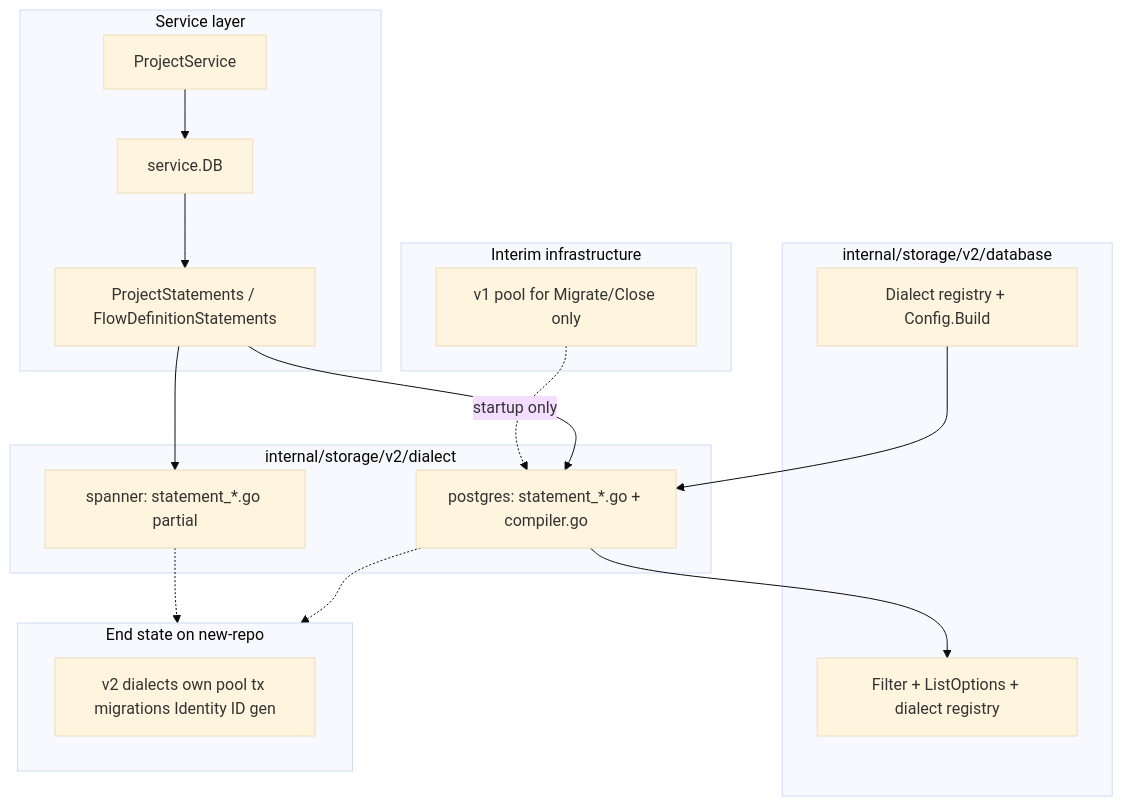
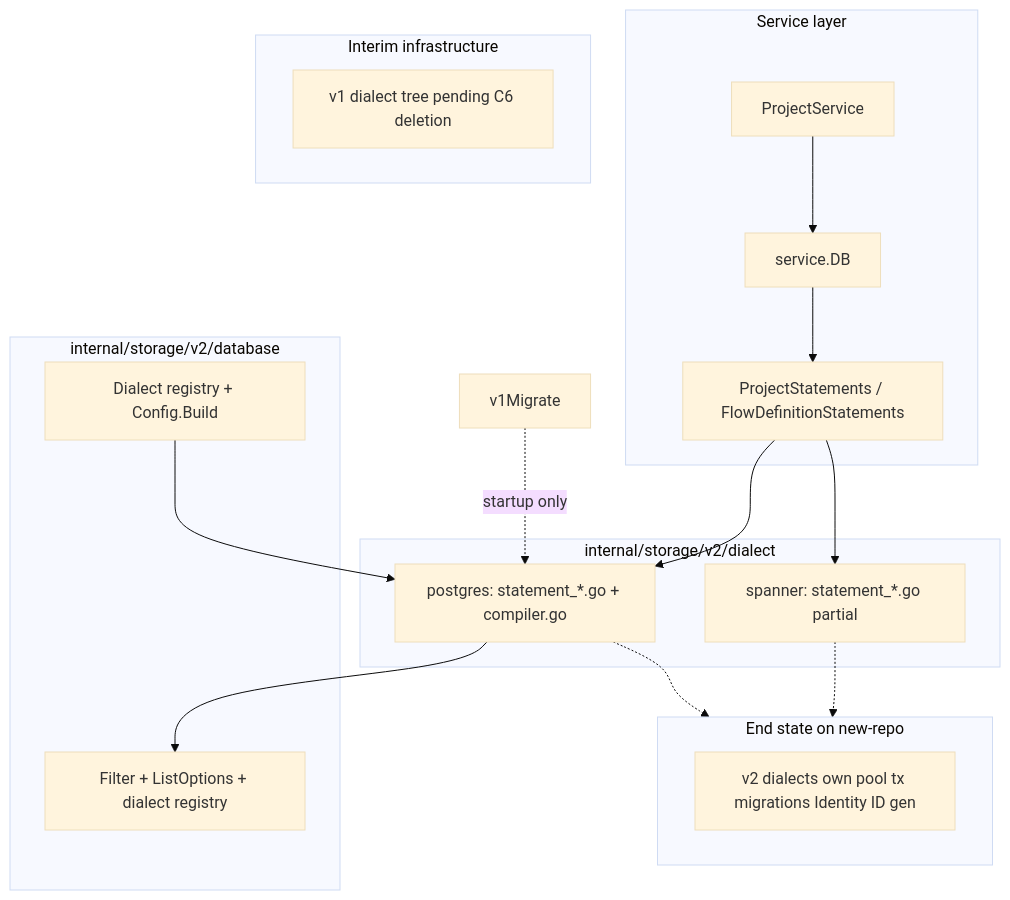
Before and after one commit to zitadel/nextgen: the first of 2 diagrams in docs/adrs/028-storage-v2-statements-and-dialects.md, drawn with Mermaid (base theme). The commit also changed other lines of this file and 5 other files, not shown here.

````diff
--- a/docs/adrs/028-storage-v2-statements-and-dialects.md
+++ b/docs/adrs/028-storage-v2-statements-and-dialects.md
@@ -121,32 +120,32 @@
 ```mermaid
 flowchart TB
     subgraph serviceLayer [Service layer]
         ProjectService
         StatementIfaces["ProjectStatements / FlowDefinitionStatements"]
         serviceDB["service.DB"]
     end
     subgraph v2core [internal/storage/v2/database]
         CoreTypes["Filter + ListOptions + dialect registry"]
         DialectReg["Dialect registry + Config.Build"]
     end
     subgraph dialects [internal/storage/v2/dialect]
         pg["postgres: statement_*.go + compiler.go"]
         sp["spanner: statement_*.go partial"]
     end
     subgraph interim [Interim infrastructure]
-        v1Migrate["v1 pool for Migrate/Close only"]
+        v1Tree["v1 dialect tree pending C6 deletion"]
     end
     subgraph endState [End state on new-repo]
         v2Only["v2 dialects own pool tx migrations Identity ID gen"]
     end
 
     ProjectService --> serviceDB
     serviceDB --> StatementIfaces
     StatementIfaces --> pg
     StatementIfaces --> sp
     pg --> CoreTypes
     DialectReg --> pg
     v1Migrate -.->|"startup only"| pg
     pg -.-> endState
     sp -.-> endState
 ```
````
